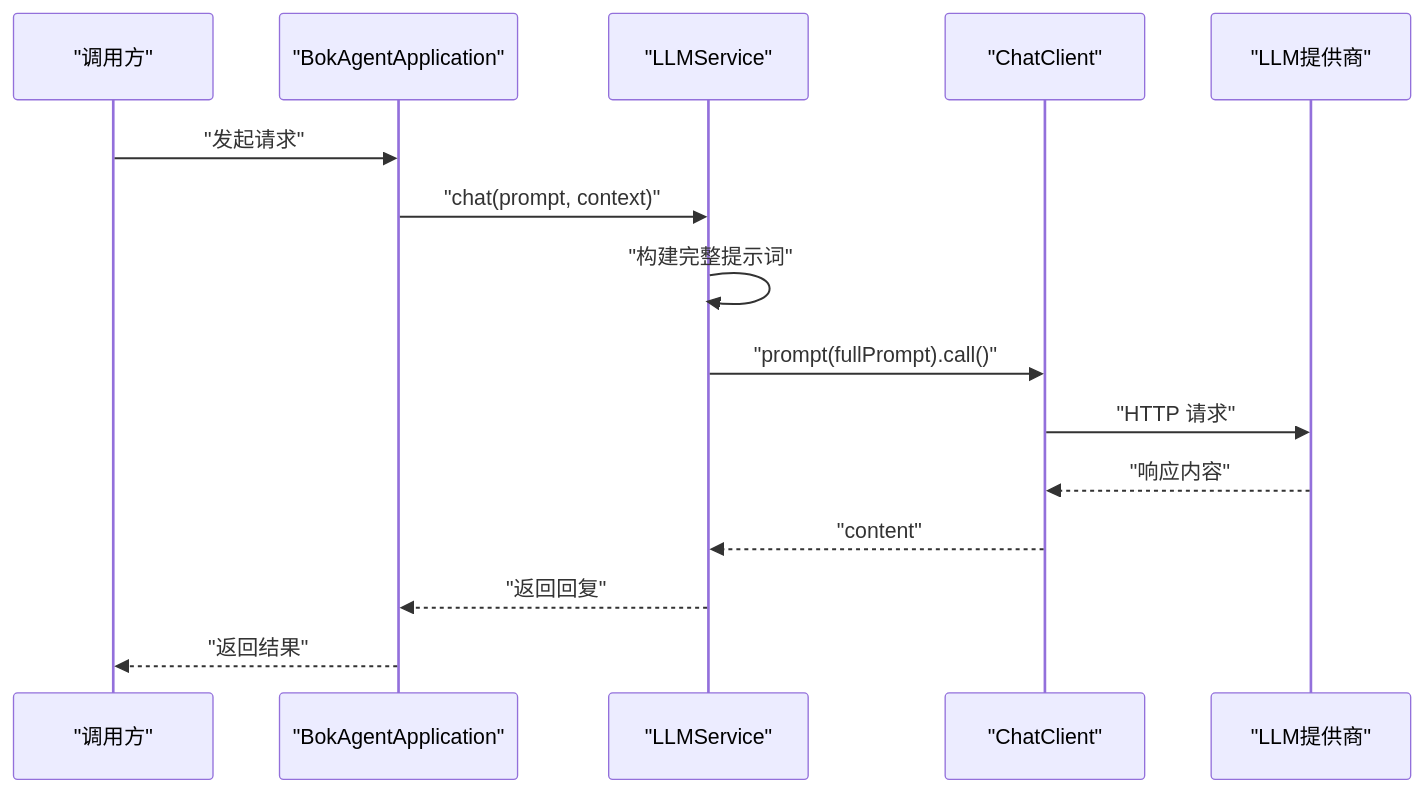
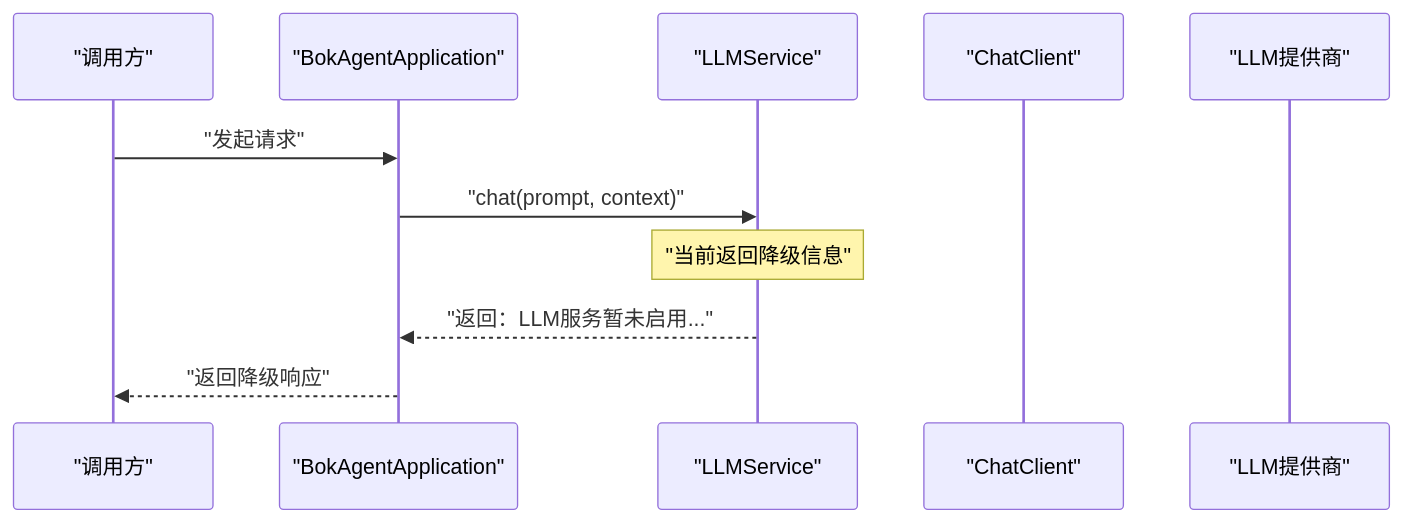
Before and after one commit to cxz64323/bokagent: the fourth of 5 diagrams in .qoder/repowiki/zh/content/后端系统/依赖管理.md, drawn with Mermaid. The commit also changed other lines of this file and 6 other files, not shown here.

````diff
--- a/.qoder/repowiki/zh/content/后端系统/依赖管理.md
+++ b/.qoder/repowiki/zh/content/后端系统/依赖管理.md
@@ -255,17 +313,13 @@
 ```mermaid
 sequenceDiagram
 participant Client as "调用方"
 participant App as "BokAgentApplication"
 participant LLM as "LLMService"
 participant Chat as "ChatClient"
 participant Provider as "LLM提供商"
 Client->>App : "发起请求"
 App->>LLM : "chat(prompt, context)"
-LLM->>LLM : "构建完整提示词"
-LLM->>Chat : "prompt(fullPrompt).call()"
-Chat->>Provider : "HTTP 请求"
-Provider-->>Chat : "响应内容"
-Chat-->>LLM : "content"
-LLM-->>App : "返回回复"
-App-->>Client : "返回结果"
+Note over LLM : "当前返回降级信息"
+LLM-->>App : "返回：LLM服务暂未启用..."
+App-->>Client : "返回降级响应"
 ```
````
